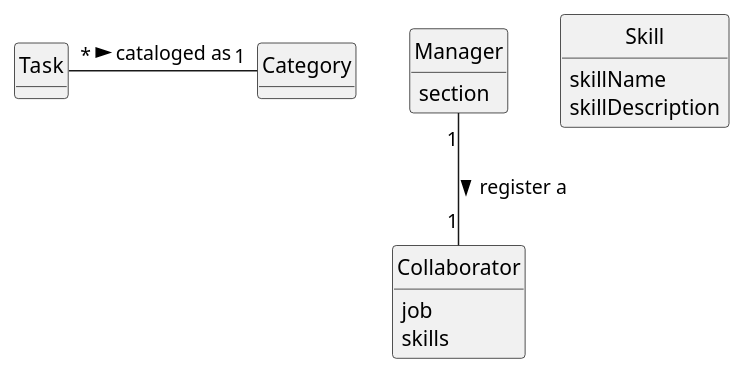
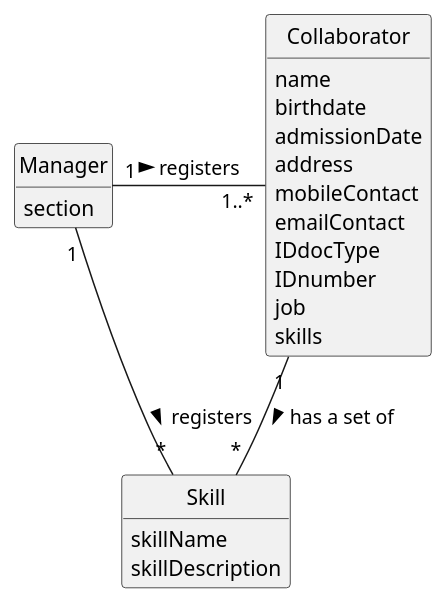
The diagram in docs/sprintA/us04/02.analysis/puml/us006-domain-model.puml (Paulo-Pereira-at-ISEP/lei-24-s2-1nanb-g321), drawn with PlantUML before and after one commit. The commit also changed 1 other file, not shown here.

```diff
--- a/docs/sprintA/us04/02.analysis/puml/us006-domain-model.puml
+++ b/docs/sprintA/us04/02.analysis/puml/us006-domain-model.puml
@@ -1,33 +1,40 @@
 @startuml
 skinparam monochrome true
 skinparam packageStyle rectangle
 skinparam shadowing false
 
 'left to right direction
 
 skinparam classAttributeIconSize 0
 
 hide circle
 hide methods
 
 'title Domain Model
 
-'class Platform {
-'  -description
-'}
+class Collaborator {
+    name
+    birthdate
+    admissionDate
+    address
+    mobileContact
+    emailContact
+    IDdocType
+    IDnumber
+    job
+    skills
+
+}
+
 class Manager {
     section
- }
-class Collaborator {
-    job
-    skills
 }
+
 class Skill {
     skillName
     skillDescription
 }
-Manager "1" -- "1" Collaborator: register a >
-
-'Employee "0..1" -- "1" User: acts as >
-Task "*" - "1" Category: cataloged as >
+Manager "1" --right "*" Skill: registers >
+Manager "1" --right "1..*" Collaborator: registers >
+Collaborator "1" --down "*" Skill: has a set of >
 @enduml
```
